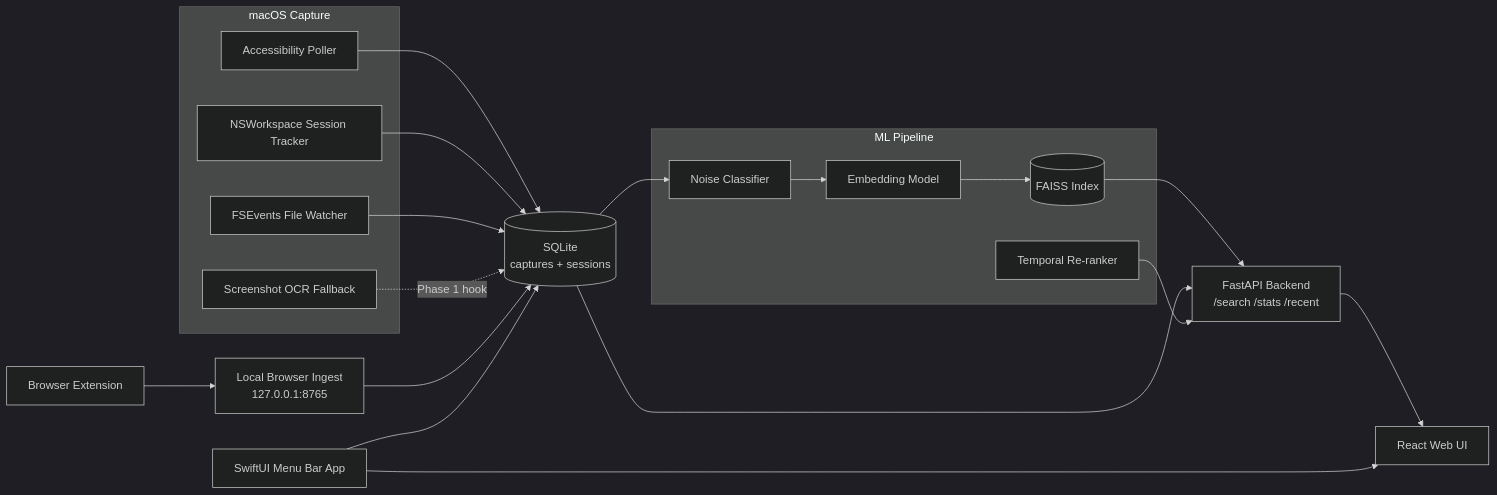
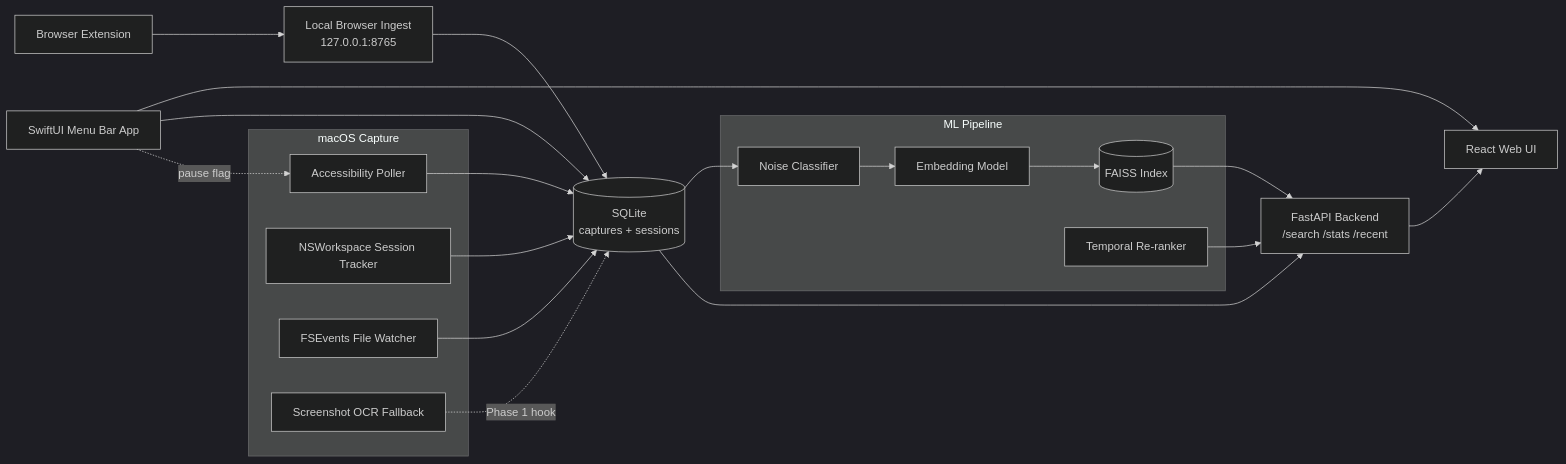
The diagram in docs/ARCHITECTURE.md (adad44/26MemoryOS), drawn with Mermaid (dark theme) before and after one commit. The commit also changed other lines of this file and 50 other files, not shown here.

````diff
--- a/docs/ARCHITECTURE.md
+++ b/docs/ARCHITECTURE.md
@@ -85,36 +91,37 @@
 ```mermaid
 flowchart LR
   subgraph mac["macOS Capture"]
     ax["Accessibility Poller"]
     sessions["NSWorkspace Session Tracker"]
     files["FSEvents File Watcher"]
     screenshots["Screenshot OCR Fallback"]
   end
 
   browser["Browser Extension"]
   ingest["Local Browser Ingest\n127.0.0.1:8765"]
   sqlite[("SQLite\ncaptures + sessions")]
 
   subgraph ml["ML Pipeline"]
     noise["Noise Classifier"]
     embedder["Embedding Model"]
     faiss[("FAISS Index")]
     reranker["Temporal Re-ranker"]
   end
 
   api["FastAPI Backend\n/search /stats /recent"]
   web["React Web UI"]
   menu["SwiftUI Menu Bar App"]
 
   ax --> sqlite
   sessions --> sqlite
   files --> sqlite
   screenshots -. "Phase 1 hook" .-> sqlite
   browser --> ingest --> sqlite
   sqlite --> noise --> embedder --> faiss --> api
   sqlite --> api
   reranker --> api
   api --> web
   menu --> web
   menu --> sqlite
+  menu -. "pause flag" .-> ax
 ```
````
